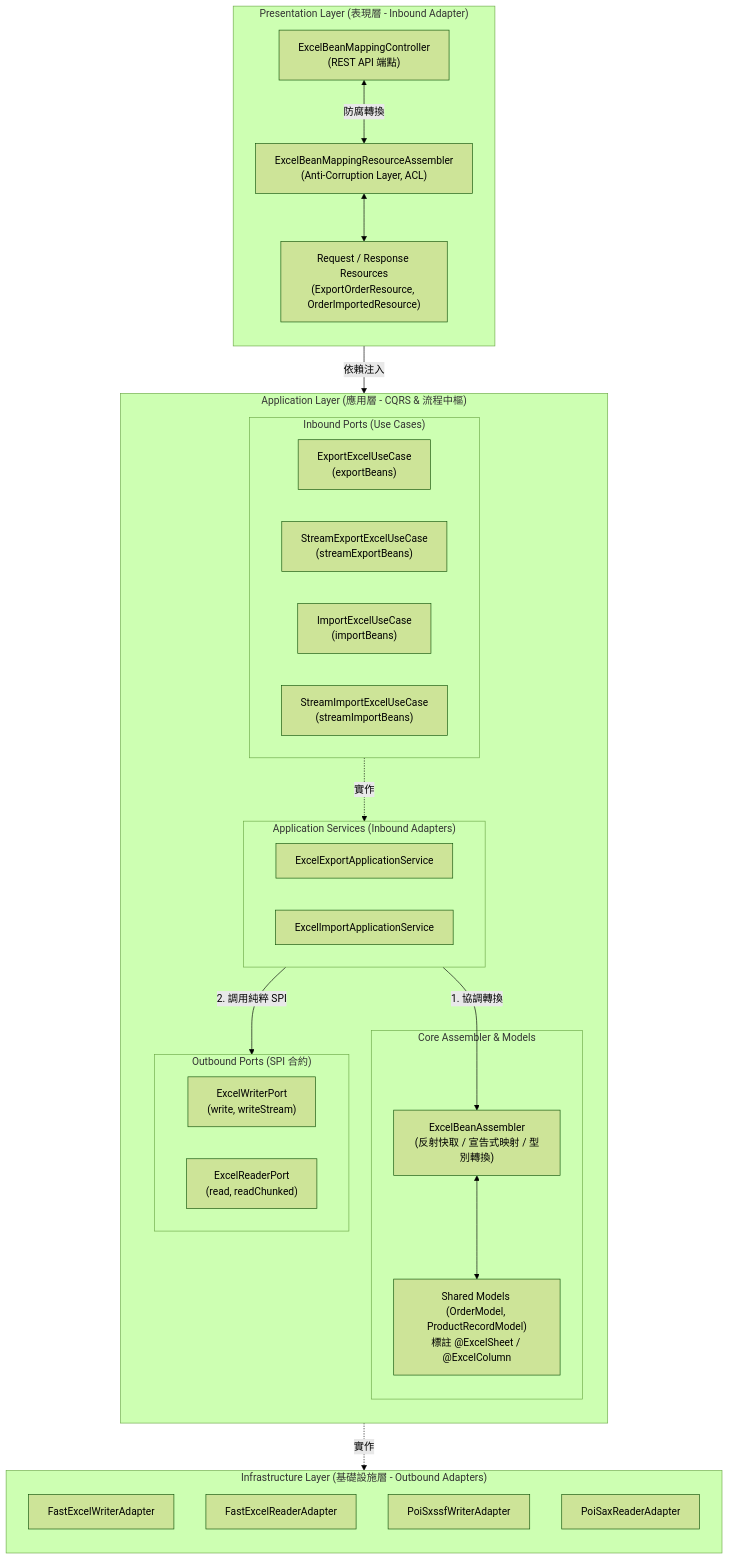
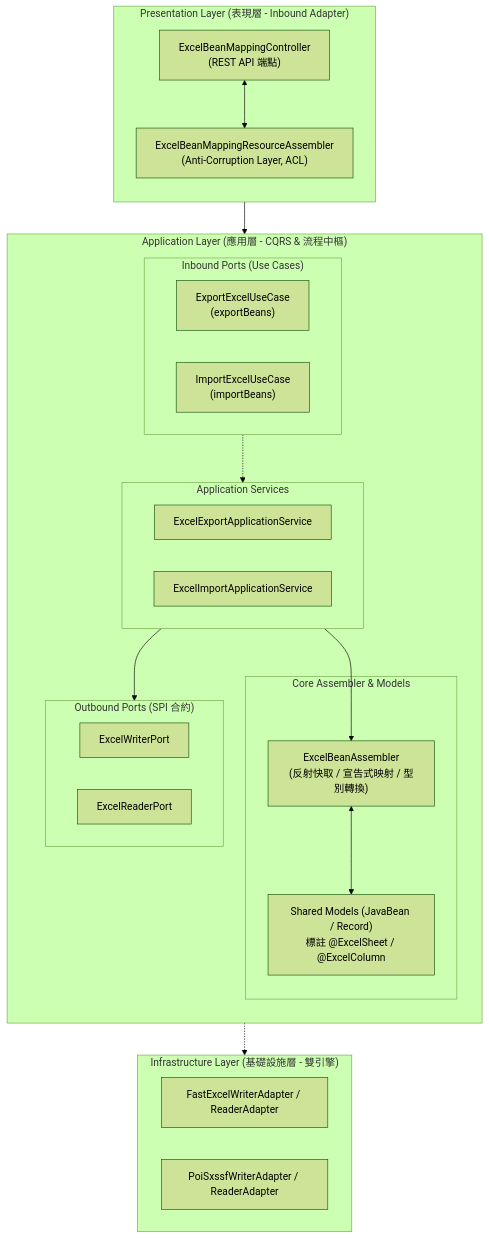
The first of 2 diagrams in doc/design/declarative-bean-mapping.md (nick54785478/excel-module), drawn with Mermaid (forest theme) before and after one commit. The commit also changed other lines of this file and 93 other files, not shown here.

First line of the commit message:
feat(report): implement advanced Excel template styles, dynamic formulas, sheet protection and multi-level BOM cost analysis API

````diff
--- a/doc/design/declarative-bean-mapping.md
+++ b/doc/design/declarative-bean-mapping.md
@@ -34,50 +19,41 @@
 ```mermaid
 flowchart TD
     subgraph Presentation_Layer ["Presentation Layer (表現層 - Inbound Adapter)"]
         direction TB
         Controller["ExcelBeanMappingController<br>(REST API 端點)"]
         PresAssembler["ExcelBeanMappingResourceAssembler<br>(Anti-Corruption Layer, ACL)"]
-        Resources["Request / Response Resources<br>(ExportOrderResource, OrderImportedResource)"]
     end
 
     subgraph Application_Layer ["Application Layer (應用層 - CQRS & 流程中樞)"]
         direction TB
         subgraph Inbound_Ports ["Inbound Ports (Use Cases)"]
             EUC["ExportExcelUseCase<br>(exportBeans)"]
-            SEUC["StreamExportExcelUseCase<br>(streamExportBeans)"]
             IUC["ImportExcelUseCase<br>(importBeans)"]
-            SIUC["StreamImportExcelUseCase<br>(streamImportBeans)"]
         end
-        subgraph App_Services ["Application Services (Inbound Adapters)"]
+        subgraph App_Services ["Application Services"]
             EAS["ExcelExportApplicationService"]
             IAS["ExcelImportApplicationService"]
         end
         subgraph Assembler_Module ["Core Assembler & Models"]
             EBA["ExcelBeanAssembler<br>(反射快取 / 宣告式映射 / 型別轉換)"]
-            Models["Shared Models (OrderModel, ProductRecordModel)<br>標註 @ExcelSheet / @ExcelColumn"]
+            Models["Shared Models (JavaBean / Record)<br>標註 @ExcelSheet / @ExcelColumn"]
         end
         subgraph Outbound_Ports ["Outbound Ports (SPI 合約)"]
-            EWP["ExcelWriterPort<br>(write, writeStream)"]
-            ERP["ExcelReaderPort<br>(read, readChunked)"]
+            EWP["ExcelWriterPort"]
+            ERP["ExcelReaderPort"]
         end
     end
 
-    subgraph Infrastructure_Layer ["Infrastructure Layer (基礎設施層 - Outbound Adapters)"]
-        direction TB
-        FEW["FastExcelWriterAdapter"]
-        FER["FastExcelReaderAdapter"]
-        POIW["PoiSxssfWriterAdapter"]
-        POIR["PoiSaxReaderAdapter"]
+    subgraph Infrastructure_Layer ["Infrastructure Layer (基礎設施層 - 雙引擎)"]
+        FEW["FastExcelWriterAdapter / ReaderAdapter"]
+        POIW["PoiSxssfWriterAdapter / ReaderAdapter"]
     end
 
-    Controller -->|依賴注入| Inbound_Ports
-    Controller <-->|防腐轉換| PresAssembler
-    PresAssembler <--> Resources
-    
-    Inbound_Ports -.->|實作| App_Services
-    App_Services -->|1. 協調轉換| EBA
+    Controller --> Inbound_Ports
+    Controller <--> PresAssembler
+    Inbound_Ports -.-> App_Services
+    App_Services --> EBA
     EBA <--> Models
-    App_Services -->|2. 調用純粹 SPI| Outbound_Ports
-    
-    Outbound_Ports -.->|實作| Infrastructure_Layer
+    App_Services --> Outbound_Ports
+    Outbound_Ports -.-> Infrastructure_Layer
 ```
````
